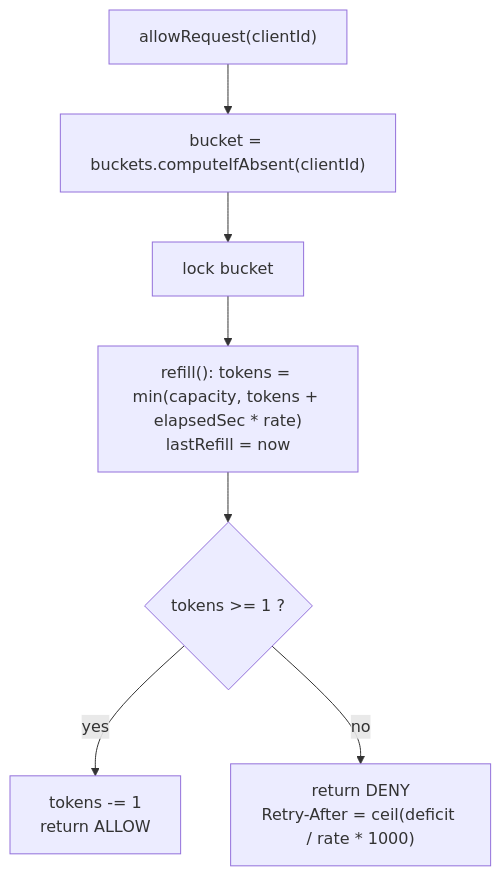
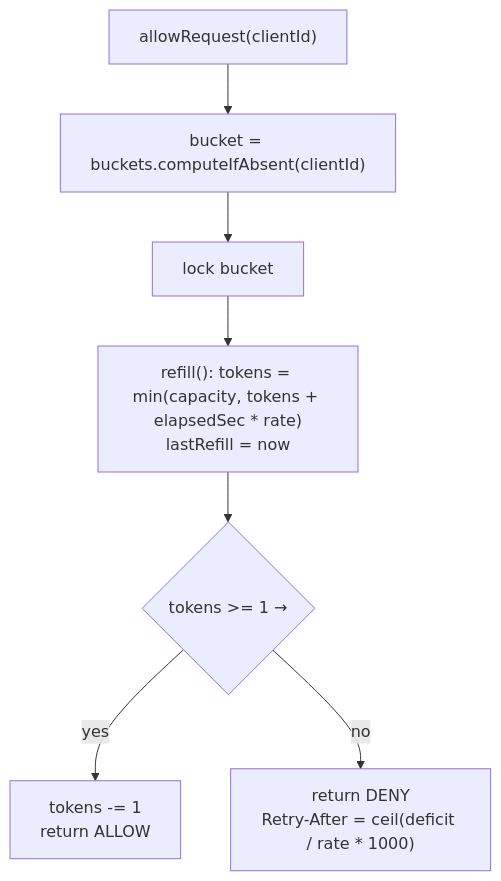
Before and after one commit to gupta-harshal/Design-Patterns: the second of 2 diagrams in Low-Level-Design/05-Infra/Rate-Limiter/details.md, drawn with Mermaid. The commit also changed other lines of this file and 22 other files, not shown here.

````diff
--- a/Low-Level-Design/05-Infra/Rate-Limiter/details.md
+++ b/Low-Level-Design/05-Infra/Rate-Limiter/details.md
@@ -215,9 +215,9 @@
 ```mermaid
 flowchart TD
     A["allowRequest(clientId)"] --> B["bucket = buckets.computeIfAbsent(clientId)"]
     B --> C["lock bucket"]
     C --> D["refill(): tokens = min(capacity, tokens + elapsedSec * rate)<br/>lastRefill = now"]
-    D --> E{"tokens >= 1 ?"}
+    D --> E{"tokens >= 1  → "}
     E -- yes --> F["tokens -= 1<br/>return ALLOW"]
     E -- no --> G["return DENY<br/>Retry-After = ceil(deficit / rate * 1000)"]
 ```
````
